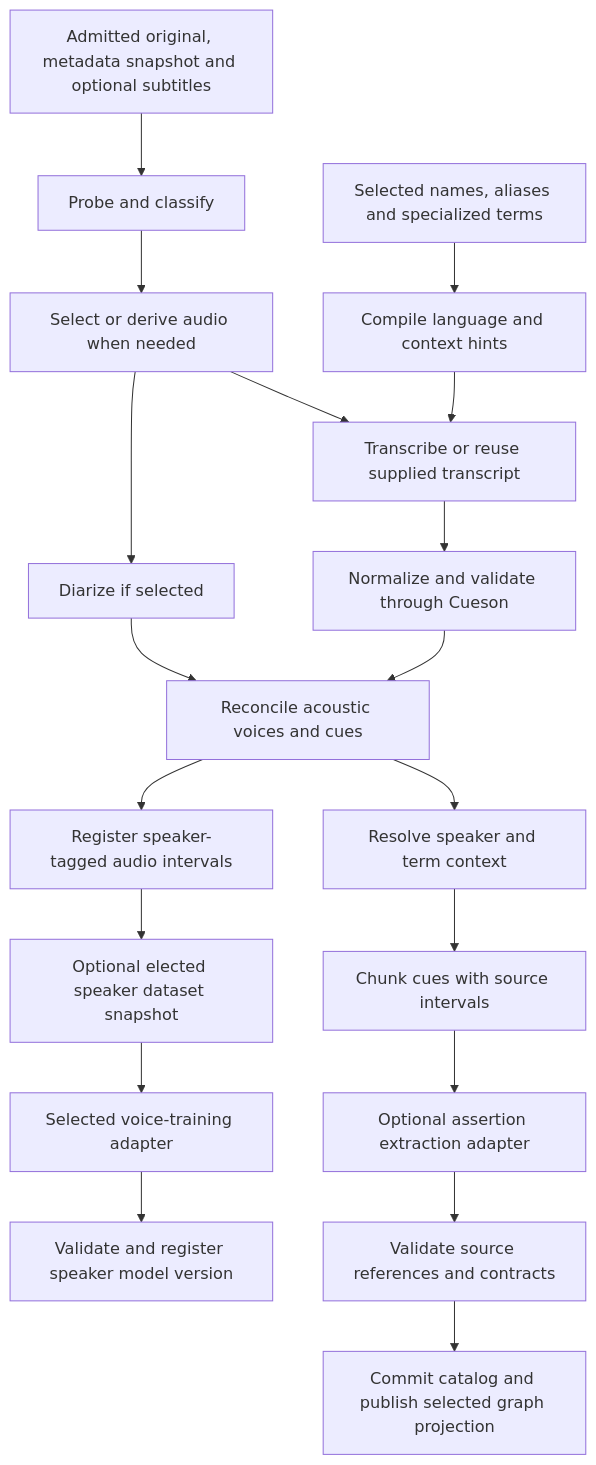
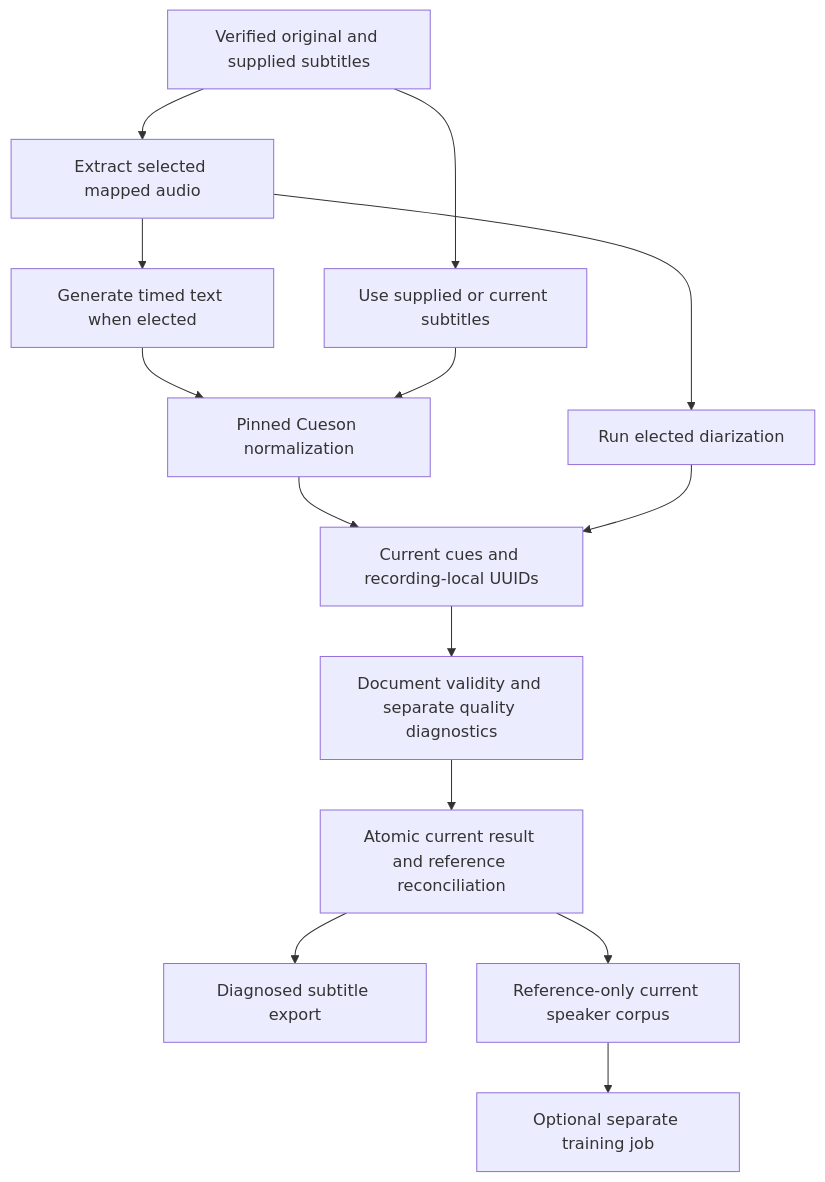
The first of 2 diagrams in docs/v0.0.0/pipelines.md (shruggietech/insonic), drawn with Mermaid before and after one commit. The commit also changed other lines of this file and 144 other files, not shown here.

````diff
--- a/docs/v0.0.0/pipelines.md
+++ b/docs/v0.0.0/pipelines.md
@@ -9,21 +9,16 @@
 ```mermaid
 flowchart TB
-  Input[Admitted original, metadata snapshot and optional subtitles] --> Probe[Probe and classify]
-  Probe --> Audio[Select or derive audio when needed]
-  Terms[Selected names, aliases and specialized terms] --> Hints[Compile language and context hints]
-  Hints --> Speech
-  Audio --> Speech[Transcribe or reuse supplied transcript]
-  Audio --> Voices[Diarize if selected]
-  Speech --> Cueson[Normalize and validate through Cueson]
-  Voices --> Attribution[Reconcile acoustic voices and cues]
-  Cueson --> Attribution
-  Attribution --> Context[Resolve speaker and term context]
-  Context --> Chunk[Chunk cues with source intervals]
-  Chunk --> Extract[Optional assertion extraction adapter]
-  Extract --> Validate[Validate source references and contracts]
-  Validate --> Publish[Commit catalog and publish selected graph projection]
-  Attribution --> Segments[Register speaker-tagged audio intervals]
-  Segments --> Dataset[Optional elected speaker dataset snapshot]
-  Dataset --> Train[Selected voice-training adapter]
-  Train --> Models[Validate and register speaker model version]
+  Input[Verified original and supplied subtitles] --> Audio[Extract selected mapped audio]
+  Audio --> Recognition[Generate timed text when elected]
+  Input --> Supplied[Use supplied or current subtitles]
+  Recognition --> Normalize[Pinned Cueson normalization]
+  Supplied --> Normalize
+  Audio --> Voices[Run elected diarization]
+  Normalize --> Assemble[Current cues and recording-local UUIDs]
+  Voices --> Assemble
+  Assemble --> Validate[Document validity and separate quality diagnostics]
+  Validate --> Current[Atomic current result and reference reconciliation]
+  Current --> Export[Diagnosed subtitle export]
+  Current --> Corpus[Reference-only current speaker corpus]
+  Corpus --> Training[Optional separate training job]
 ```
````
